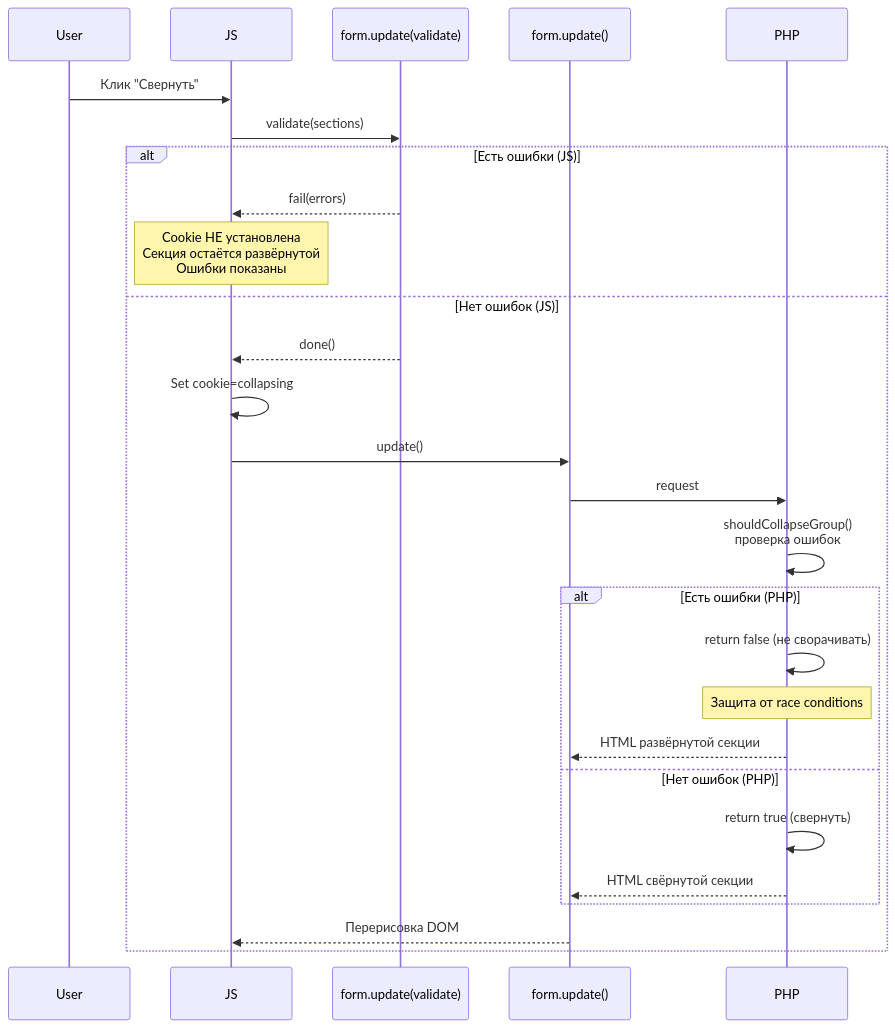
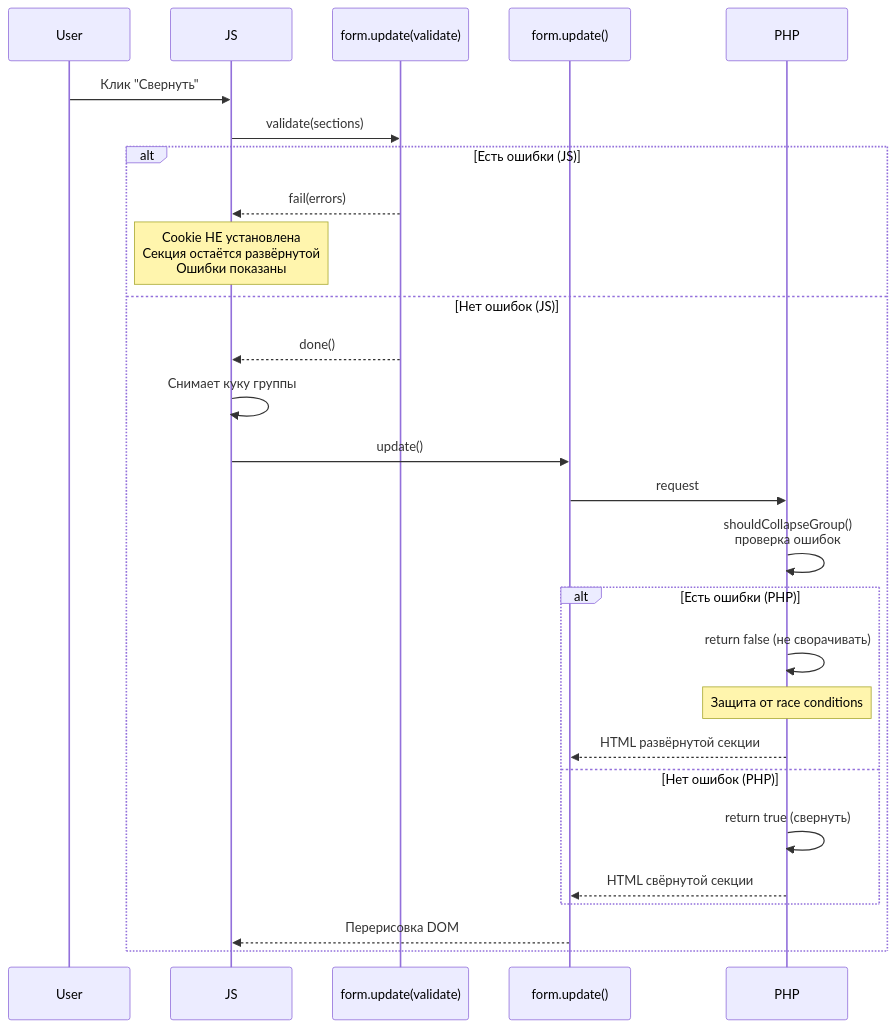
One commit to sbgart/shop-prefill-plugin changed the diagram in docs/concept/ZEN-MODE.md. Above: the diagram before and after it, drawn with Mermaid. The commit also changed other lines of this file and 20 other files, not shown here.

````diff
--- a/docs/concept/ZEN-MODE.md
+++ b/docs/concept/ZEN-MODE.md
@@ -420,33 +406,33 @@
 ```mermaid
 sequenceDiagram
     participant User
     participant JS
     participant formValidate as form.update(validate)
     participant formUpdate as form.update()
     participant PHP
 
     User->>JS: Клик "Свернуть"
     JS->>formValidate: validate(sections)
     
     alt Есть ошибки (JS)
         formValidate-->>JS: fail(errors)
         Note over JS: Cookie НЕ установлена<br/>Секция остаётся развёрнутой<br/>Ошибки показаны
     else Нет ошибок (JS)
         formValidate-->>JS: done()
-        JS->>JS: Set cookie=collapsing
+        JS->>JS: Снимает куку группы
         JS->>formUpdate: update()
         formUpdate->>PHP: request
         PHP->>PHP: shouldCollapseGroup()<br/>проверка ошибок
         
         alt Есть ошибки (PHP)
             PHP->>PHP: return false (не сворачивать)
             Note over PHP: Защита от race conditions
             PHP-->>formUpdate: HTML развёрнутой секции
         else Нет ошибок (PHP)
             PHP->>PHP: return true (свернуть)
             PHP-->>formUpdate: HTML свёрнутой секции
         end
         
         formUpdate-->>JS: Перерисовка DOM
     end
 ```
````
